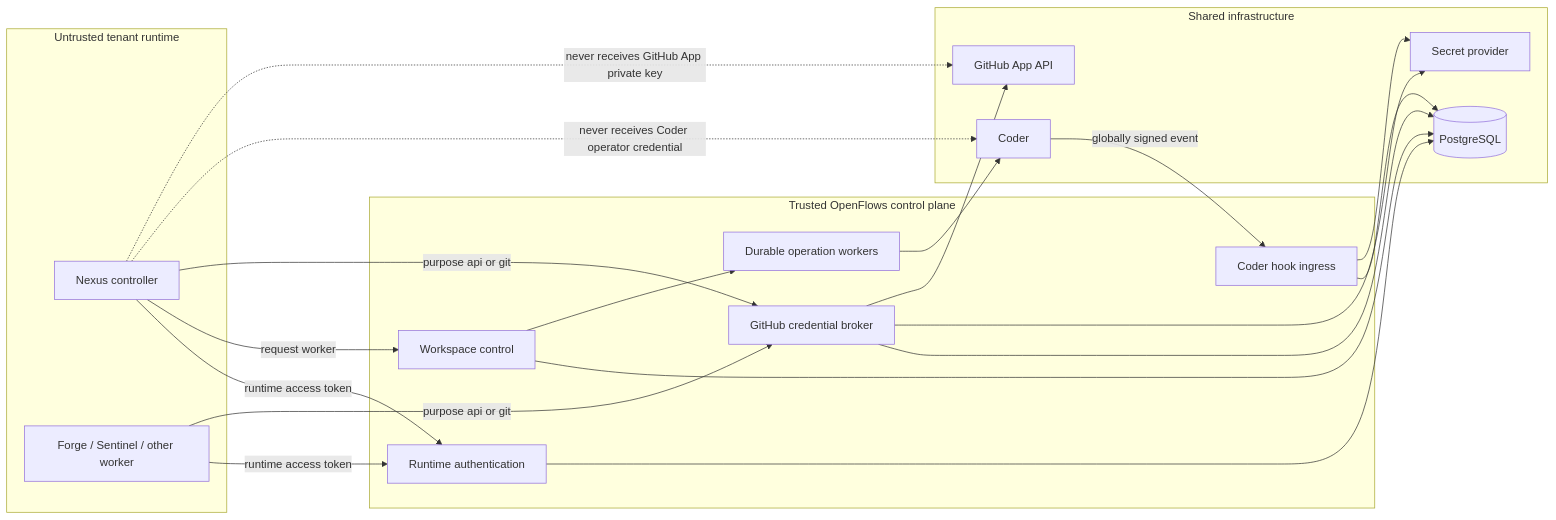
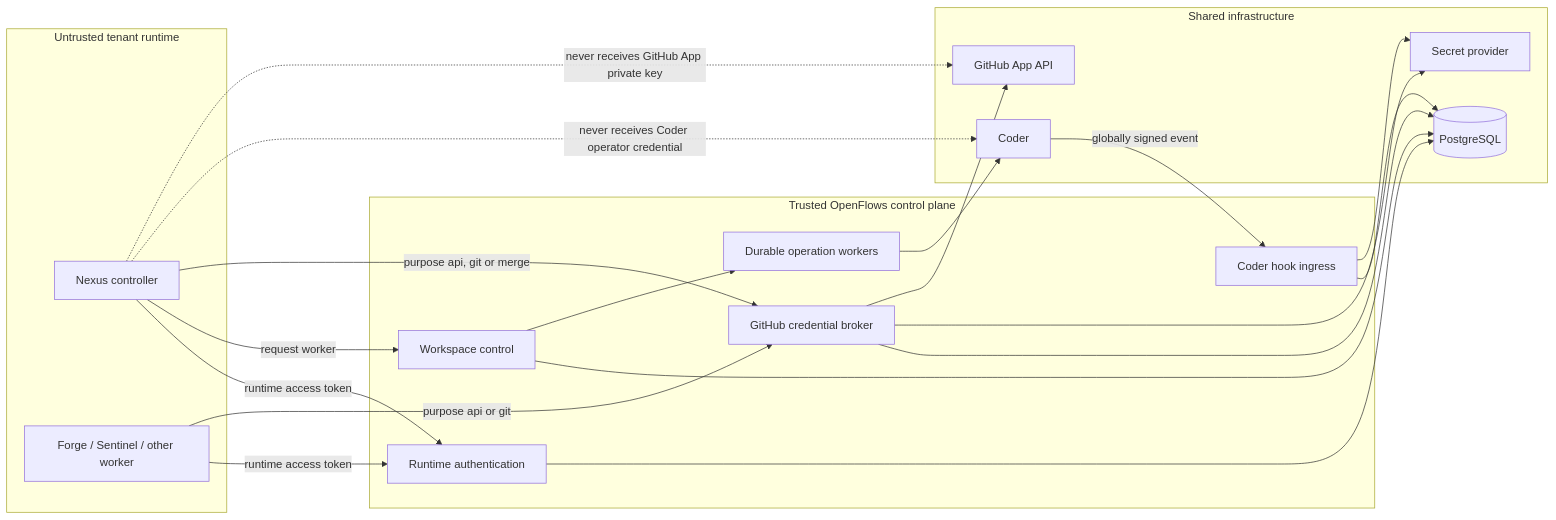
One commit to The-AgenticFlow/openflows changed the first of 10 diagrams in docs/architecture/manager-hosted-runtime-architecture.md. Above: the diagram before and after it, drawn with Mermaid. The commit also changed other lines of this file and 5 other files, not shown here.

Commit message:
feat(hosted): add a merge broker purpose for the controller's Vessel

````diff
--- a/docs/architecture/manager-hosted-runtime-architecture.md
+++ b/docs/architecture/manager-hosted-runtime-architecture.md
@@ -15,38 +15,38 @@
 ```mermaid
 flowchart LR
     subgraph Runtime[Untrusted tenant runtime]
         N[Nexus controller]
         W[Forge / Sentinel / other worker]
     end
     subgraph Manager[Trusted OpenFlows control plane]
         RA[Runtime authentication]
         WC[Workspace control]
         GB[GitHub credential broker]
         HI[Coder hook ingress]
         OW[Durable operation workers]
     end
     subgraph Infra[Shared infrastructure]
         PG[(PostgreSQL)]
         SEC[Secret provider]
         C[Coder]
         GH[GitHub App API]
     end
 
     N -->|runtime access token| RA
     W -->|runtime access token| RA
     N -->|request worker| WC
-    N -->|purpose api or git| GB
+    N -->|purpose api, git or merge| GB
     W -->|purpose api or git| GB
     C -->|globally signed event| HI
     WC --> PG
     WC --> OW
     OW --> C
     RA --> PG
     GB --> PG
     GB --> SEC
     GB --> GH
     HI --> PG
     HI --> SEC
     N -. never receives Coder operator credential .-> C
     N -. never receives GitHub App private key .-> GH
 ```
````
